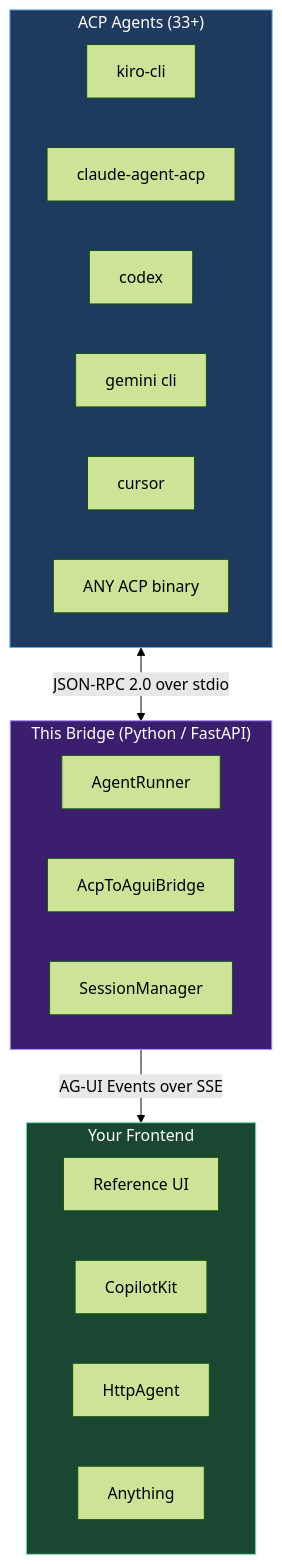
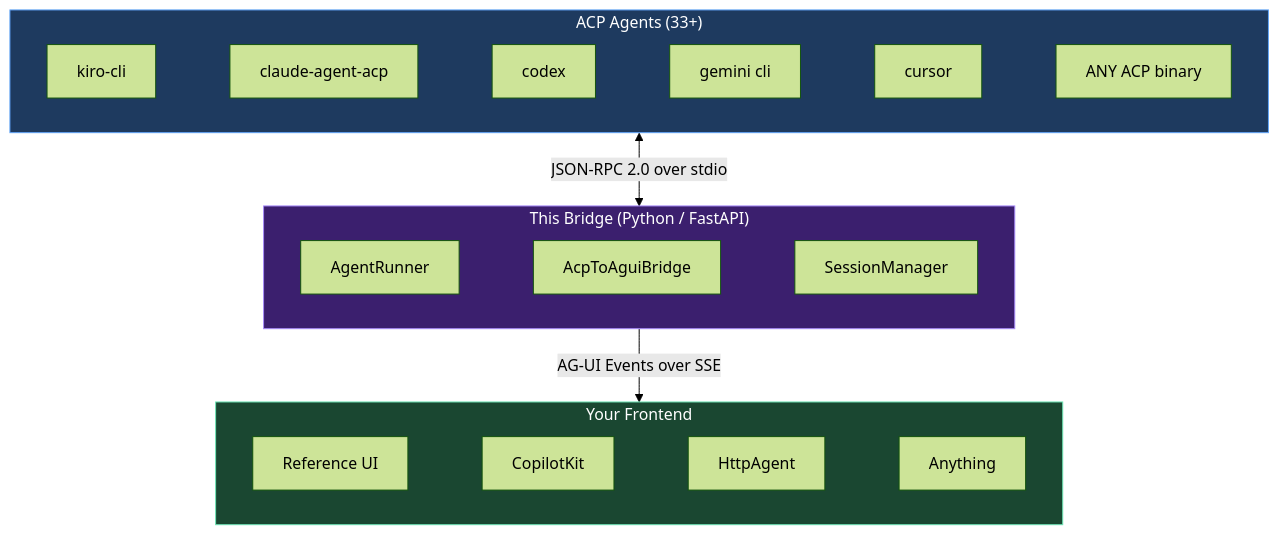
The first of 4 diagrams in README.md (namanrajpal/acp-to-agui), drawn with Mermaid (forest theme) before and after one commit.

Commit message:
docs: fix main diagram layout (horizontal subgraphs, vertical flow)

````diff
--- a/README.md
+++ b/README.md
@@ -31,35 +31,22 @@
 ```mermaid
 graph TB
     subgraph agents["ACP Agents (33+)"]
-        direction LR
-        A1["kiro-cli"]
-        A2["claude-agent-acp"]
-        A3["codex"]
-        A4["gemini cli"]
-        A5["cursor"]
-        A6["ANY ACP binary"]
+        A1["kiro-cli"] ~~~ A2["claude-agent-acp"] ~~~ A3["codex"] ~~~ A4["gemini cli"] ~~~ A5["cursor"] ~~~ A6["ANY ACP binary"]
     end
 
     agents <-->|"JSON-RPC 2.0 over stdio"| bridge
 
     subgraph bridge["This Bridge (Python / FastAPI)"]
-        direction LR
-        B1["AgentRunner"]
-        B2["AcpToAguiBridge"]
-        B3["SessionManager"]
+        B1["AgentRunner"] ~~~ B2["AcpToAguiBridge"] ~~~ B3["SessionManager"]
     end
 
     bridge -->|"AG-UI Events over SSE"| frontends
 
     subgraph frontends["Your Frontend"]
-        direction LR
-        F1["Reference UI"]
-        F2["CopilotKit"]
-        F3["HttpAgent"]
-        F4["Anything"]
+        F1["Reference UI"] ~~~ F2["CopilotKit"] ~~~ F3["HttpAgent"] ~~~ F4["Anything"]
     end
 
     style agents fill:#1e3a5f,stroke:#60a5fa,color:#fff
     style bridge fill:#3b1f6e,stroke:#a78bfa,color:#fff
     style frontends fill:#1a4731,stroke:#6ee7b7,color:#fff
 ```
````
